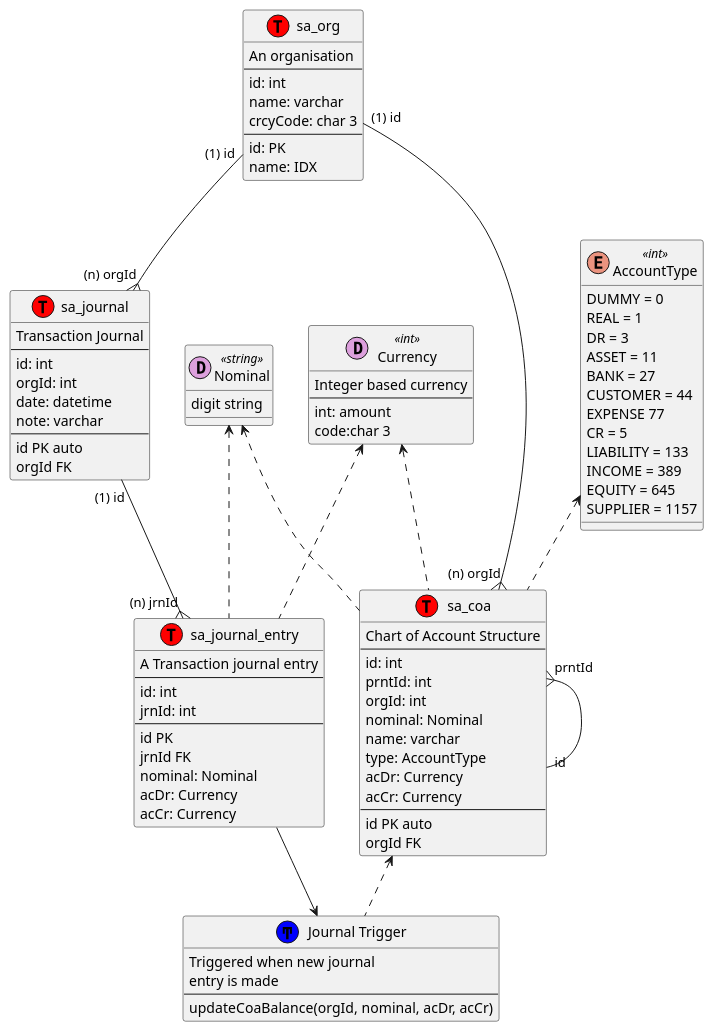
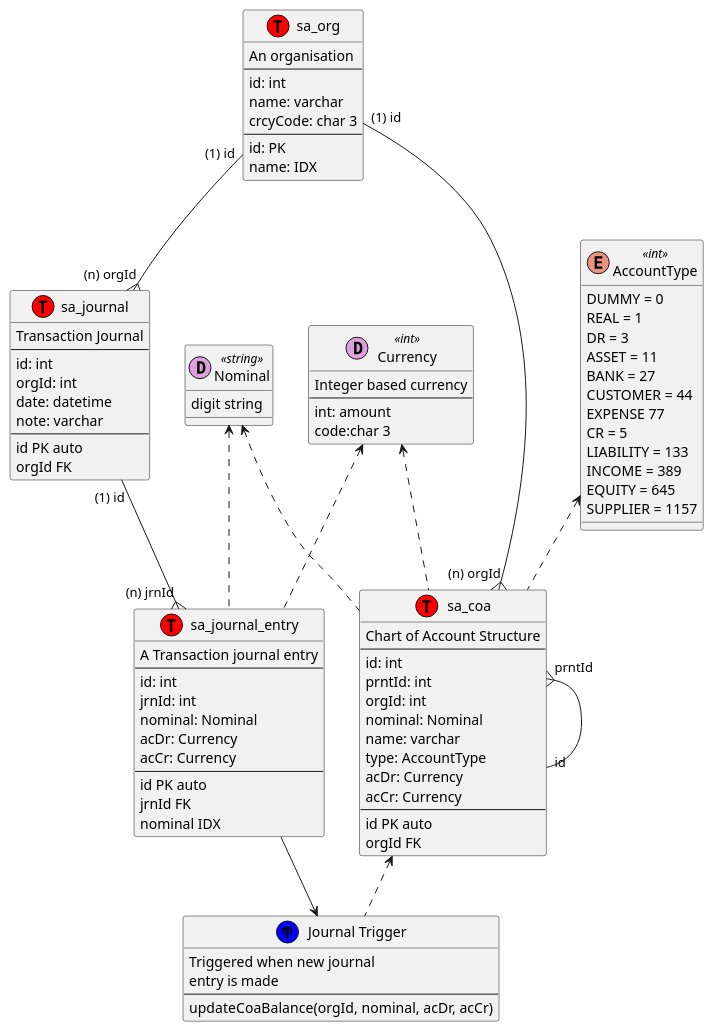
The diagram in src/Chippyash/SAccounts/Storage/Account/ZendDB/docs/Sql Model.puml (chippyash/Simple-Accounts), drawn with PlantUML before and after one commit.

```diff
--- a/src/Chippyash/SAccounts/Storage/Account/ZendDB/docs/Sql Model.puml
+++ b/src/Chippyash/SAccounts/Storage/Account/ZendDB/docs/Sql Model.puml
@@ -1,98 +1,99 @@
 @startuml
 
 class sa_org << (T,red) >> {
 	An organisation
 	---
 	id: int
 	name: varchar
 	crcyCode: char 3
 	---
 	id: PK
 	name: IDX
 }
 
 class sa_coa << (T,red) >> {
 	Chart of Account Structure
 	---
 	id: int
 	prntId: int
 	orgId: int
 	nominal: Nominal
 	name: varchar
 	type: AccountType
 	acDr: Currency
 	acCr: Currency
 	---
     id PK auto
 	orgId FK
 }
 
 class sa_journal << (T, red) >> {
 	Transaction Journal
 	---
 	id: int
 	orgId: int
 	date: datetime
 	note: varchar
 	---
 	id PK auto
 	orgId FK
 }
 
 class sa_journal_entry << (T, red >> {
 	A Transaction journal entry
 	---
 	id: int
 	jrnId: int
-	---
-	id PK
-	jrnId FK
 	nominal: Nominal
 	acDr: Currency
 	acCr: Currency
+	---
+	id PK auto
+	jrnId FK
+	nominal IDX
 }
 
 enum AccountType << int >> {
 	DUMMY = 0
 	REAL = 1
 	DR = 3
 	ASSET = 11
 	BANK = 27
 	CUSTOMER = 44
 	EXPENSE 77
 	CR = 5
 	LIABILITY = 133
 	INCOME = 389
 	EQUITY = 645
 	SUPPLIER = 1157
 }
 
 class Currency << (D,plum) int >> {
 	Integer based currency
 	---
 	int: amount
 	code:char 3
 }
 class Nominal << (D,plum) string >> {
 	digit string
 }
 
 class "Journal Trigger" << (Ͳ,blue) >> {
 	Triggered when new journal
 	entry is made
 	---
 	updateCoaBalance(orgId, nominal, acDr, acCr)
 }
 
 sa_org "(1) id" --{ "(n) orgId" sa_coa
 sa_coa  "prntId" }-- "id" sa_coa
 sa_org "(1) id" --{ "(n) orgId" sa_journal
 sa_journal "(1) id" --{ "(n) jrnId" sa_journal_entry
 sa_journal_entry --> "Journal Trigger"
 sa_coa <.. "Journal Trigger"
 AccountType <.. sa_coa
 Currency <.. sa_coa
 Nominal <.. sa_coa
 Nominal <.. sa_journal_entry
 Currency <.. sa_journal_entry
 @enduml
```
